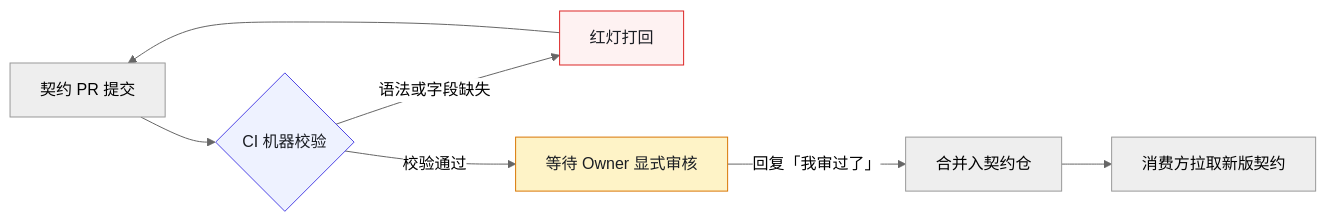
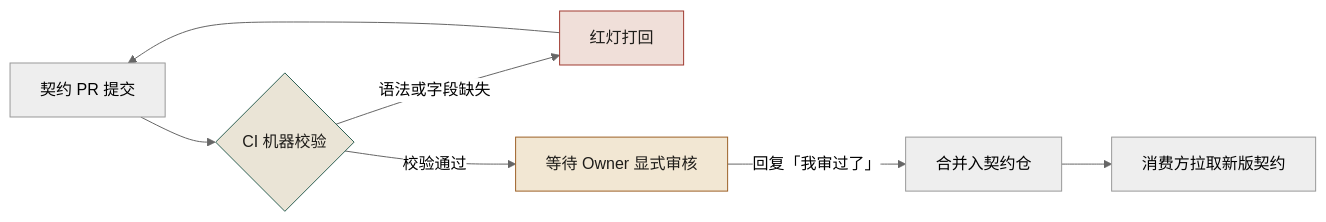
Before and after one commit to funny8kids/AI_Native_Software_Engineering: the second of 3 diagrams in docs/manuscript/ch14-第9章-契约先行.md, drawn with Mermaid (neutral theme). The commit also changed other lines of this file and 81 other files, not shown here.

````diff
--- a/docs/manuscript/ch14-第9章-契约先行.md
+++ b/docs/manuscript/ch14-第9章-契约先行.md
@@ -70,11 +70,11 @@
 ```mermaid
 flowchart LR
   CPR[契约 PR 提交] --> CI{CI 机器校验}
   CI -->|语法或字段缺失| RED[红灯打回] --> CPR
   CI -->|校验通过| WAIT[等待 Owner 显式审核]
   WAIT -->|回复「我审过了」| MERGE[合并入契约仓]
   MERGE --> SYNC[消费方拉取新版契约]
-  style CI fill:#eef2ff,stroke:#4f46e5,color:#1a1d23
-  style WAIT fill:#fef3c7,stroke:#d97706,color:#1a1d23
-  style RED fill:#fef2f2,stroke:#dc2626,color:#1a1d23
+  style CI fill:#eae4d6,stroke:#2f6154,color:#1e1c19
+  style WAIT fill:#f2e7d3,stroke:#9d6127,color:#1e1c19
+  style RED fill:#f0dfd9,stroke:#a03b31,color:#1e1c19
 ```
````
